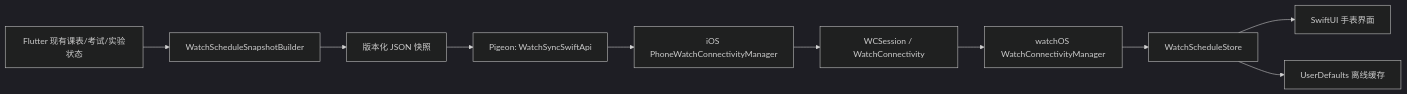
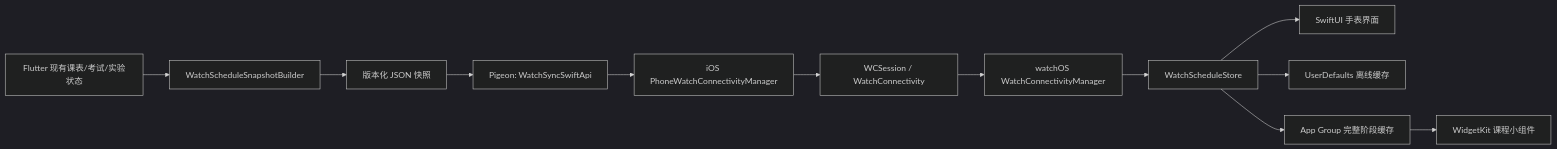
The first of 2 diagrams in docs/apple_watch_technical_overview.md (BenderBlog/traintime_pda), drawn with Mermaid (dark theme) before and after one commit. The commit also changed other lines of this file and 32 other files, not shown here.

````diff
--- a/docs/apple_watch_technical_overview.md
+++ b/docs/apple_watch_technical_overview.md
@@ -18,12 +18,14 @@
 ```mermaid
 flowchart LR
     A["Flutter 现有课表/考试/实验状态"] --> B["WatchScheduleSnapshotBuilder"]
     B --> C["版本化 JSON 快照"]
     C --> D["Pigeon: WatchSyncSwiftApi"]
     D --> E["iOS PhoneWatchConnectivityManager"]
     E --> F["WCSession / WatchConnectivity"]
     F --> G["watchOS WatchConnectivityManager"]
     G --> H["WatchScheduleStore"]
     H --> I["SwiftUI 手表界面"]
     H --> J["UserDefaults 离线缓存"]
+    H --> K["App Group 完整阶段缓存"]
+    K --> L["WidgetKit 课程小组件"]
 ```
````
